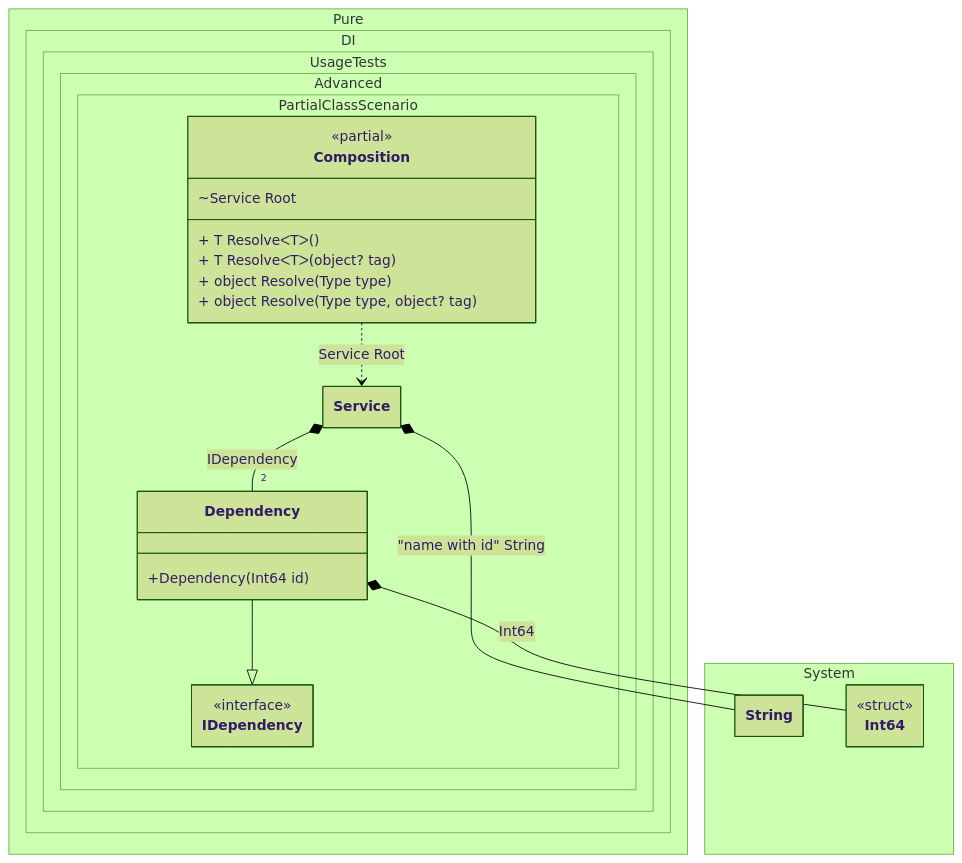
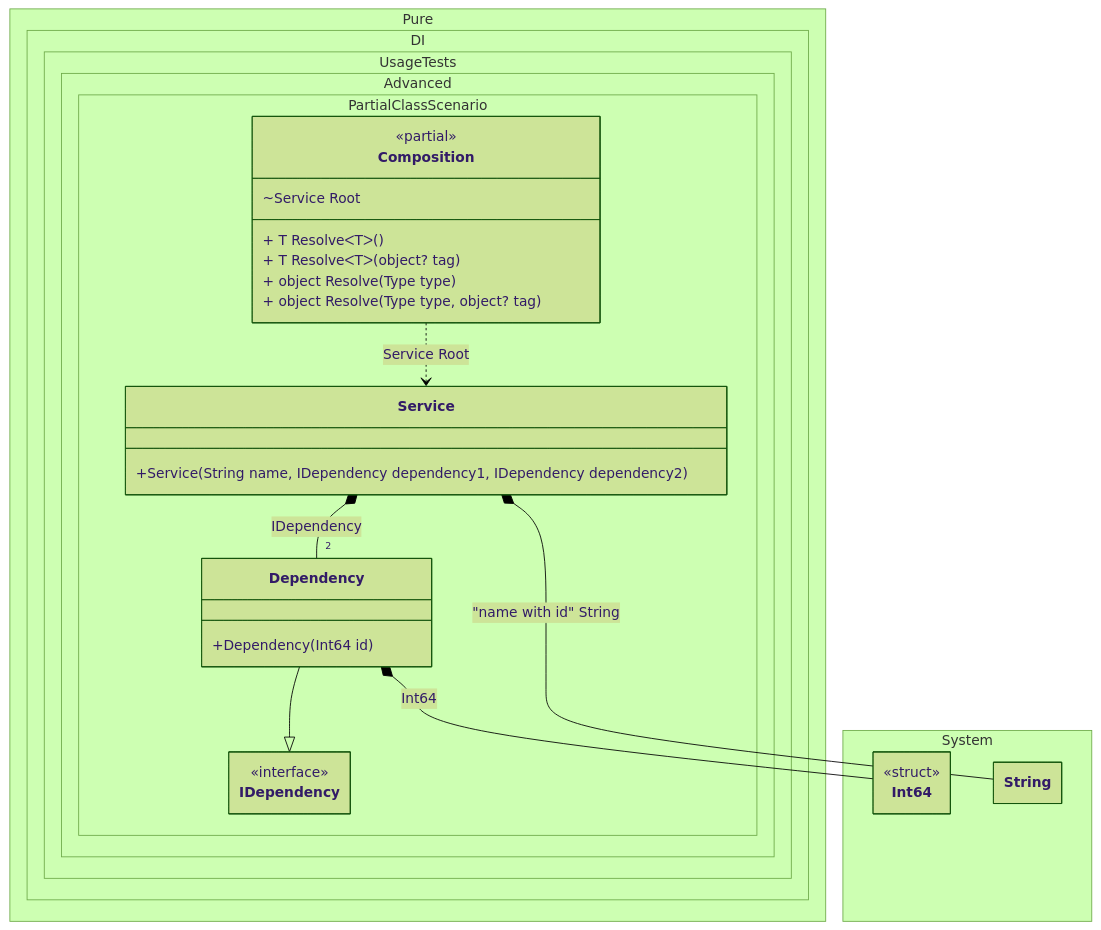
The diagram in readme/partial-class.md (DevTeam/Pure.DI), drawn with Mermaid (forest theme) before and after one commit. The commit also changed 113 other files, not shown here.

````diff
--- a/readme/partial-class.md
+++ b/readme/partial-class.md
@@ -245,38 +245,39 @@
 ```mermaid
 ---
  config:
   class:
    hideEmptyMembersBox: true
 ---
 classDiagram
 	Dependency --|> IDependency
 	Composition ..> Service : Service Root
+	Dependency *--  Int64 : Int64
+	Service *-- "2 " Dependency : IDependency
 	Service *--  String : "name with id"  String
-	Service *-- "2 " Dependency : IDependency
-	Dependency *--  Int64 : Int64
 	namespace Pure.DI.UsageTests.Advanced.PartialClassScenario {
 		class Composition {
 		<<partial>>
 		~Service Root
 		+ T ResolveᐸTᐳ()
 		+ T ResolveᐸTᐳ(object? tag)
 		+ object Resolve(Type type)
 		+ object Resolve(Type type, object? tag)
 		}
 		class Dependency {
 			+Dependency(Int64 id)
 		}
 		class IDependency {
 			<<interface>>
 		}
 		class Service {
+			+Service(String name, IDependency dependency1, IDependency dependency2)
 		}
 	}
 	namespace System {
 		class Int64 {
 				<<struct>>
 		}
 		class String {
 		}
 	}
 ```
````
